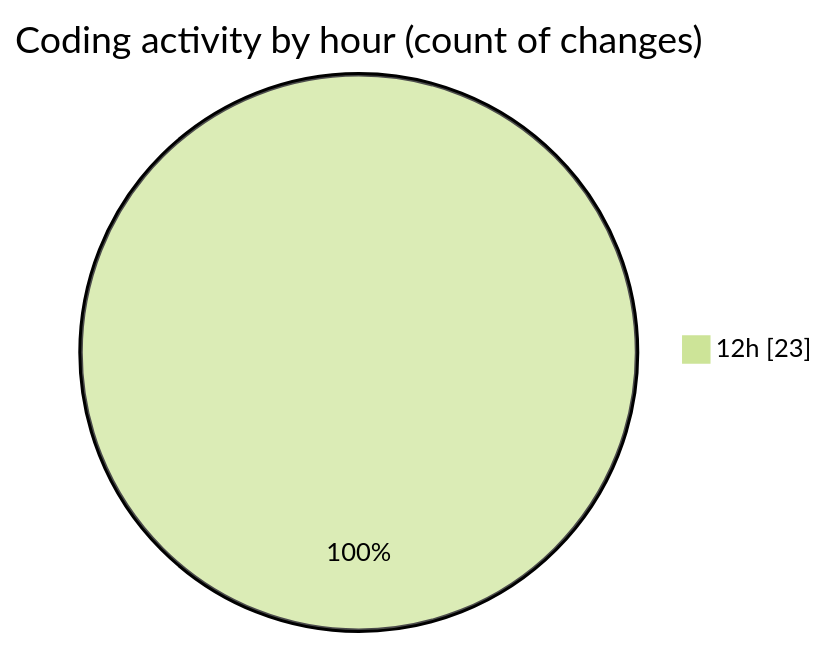
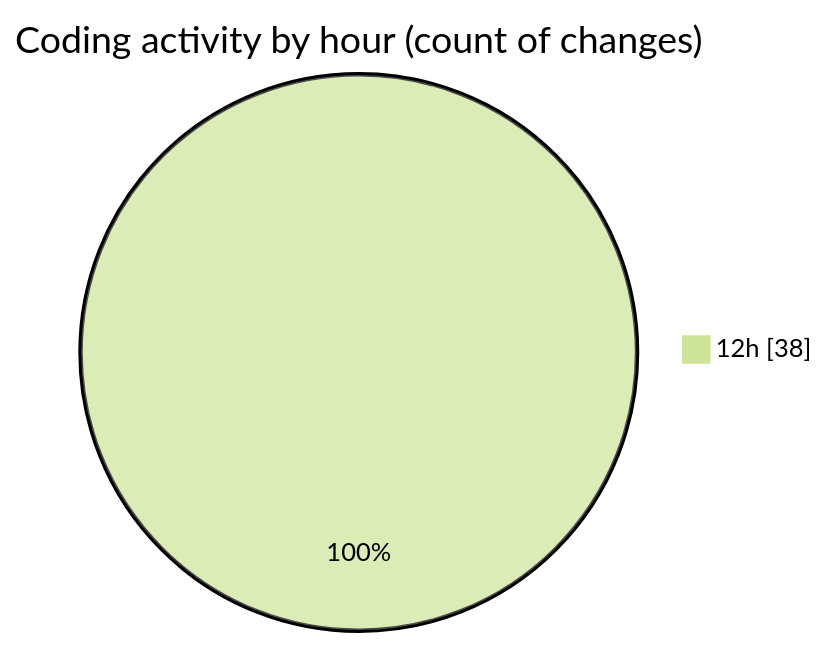
Before and after one commit to nxtqubesakshisongat/code-tracking: the second of 2 diagrams in 2026-07-09/nxtqube_webapp/README.md, drawn with Mermaid (forest theme). The commit also changed other lines of this file and 1 other file, not shown here.

````diff
--- a/2026-07-09/nxtqube_webapp/README.md
+++ b/2026-07-09/nxtqube_webapp/README.md
@@ -36,5 +38,5 @@
 ```mermaid
 pie showData
 title Coding activity by hour (count of changes)
-"12h" : 23
+"12h" : 38
 ```
````
